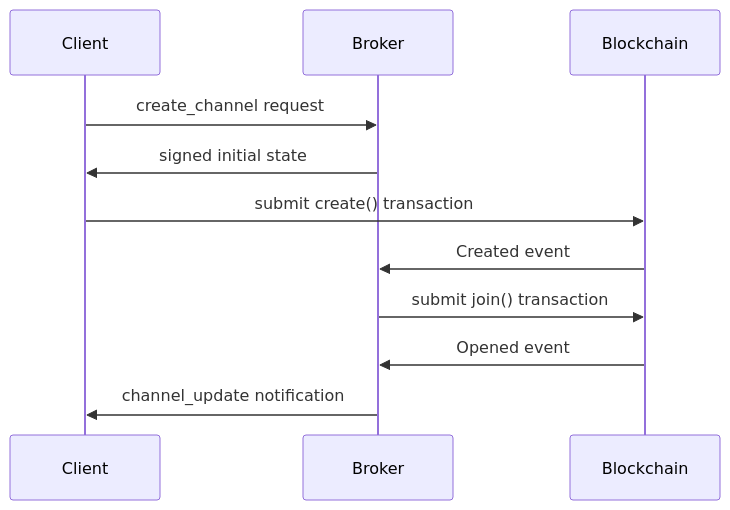
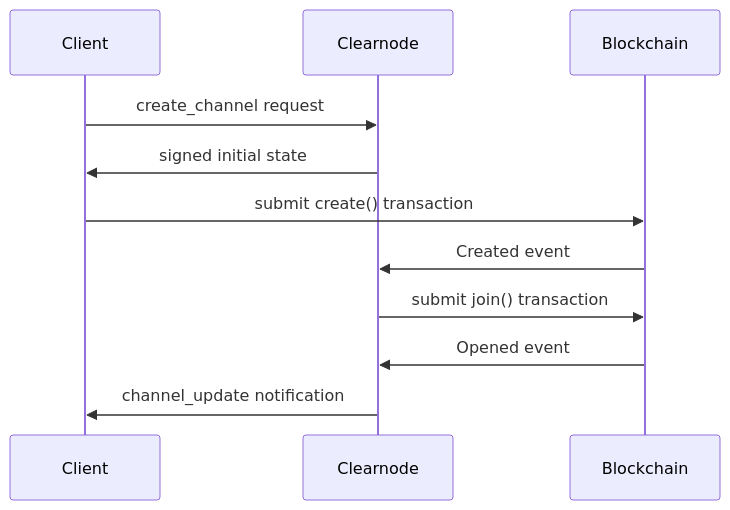
Before and after one commit to layer-3/docs: the second of 4 diagrams in docs/protocol/architecture.mdx, drawn with Mermaid. The commit also changed other lines of this file and 6 other files, not shown here.

````diff
--- a/docs/protocol/architecture.mdx
+++ b/docs/protocol/architecture.mdx
@@ -59,14 +59,14 @@
 ```mermaid
 sequenceDiagram
     participant Client
-    participant Broker
+    participant Clearnode
     participant Blockchain
     
-    Client->>Broker: create_channel request
-    Broker->>Client: signed initial state
+    Client->>Clearnode: create_channel request
+    Clearnode->>Client: signed initial state
     Client->>Blockchain: submit create() transaction
-    Blockchain->>Broker: Created event
-    Broker->>Blockchain: submit join() transaction
-    Blockchain->>Broker: Opened event
-    Broker->>Client: channel_update notification
+    Blockchain->>Clearnode: Created event
+    Clearnode->>Blockchain: submit join() transaction
+    Blockchain->>Clearnode: Opened event
+    Clearnode->>Client: channel_update notification
 ```
````
